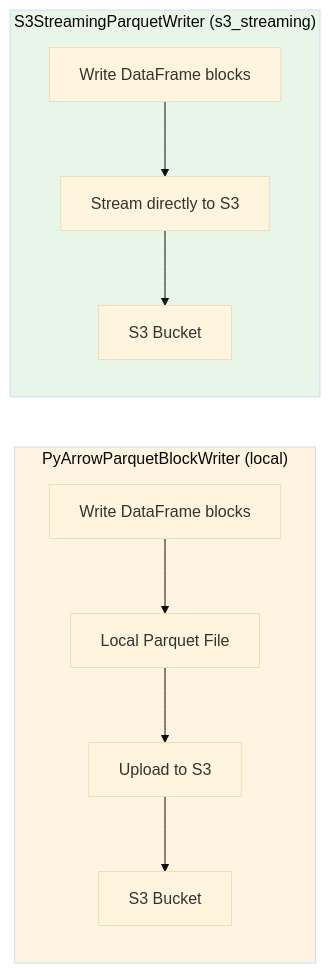
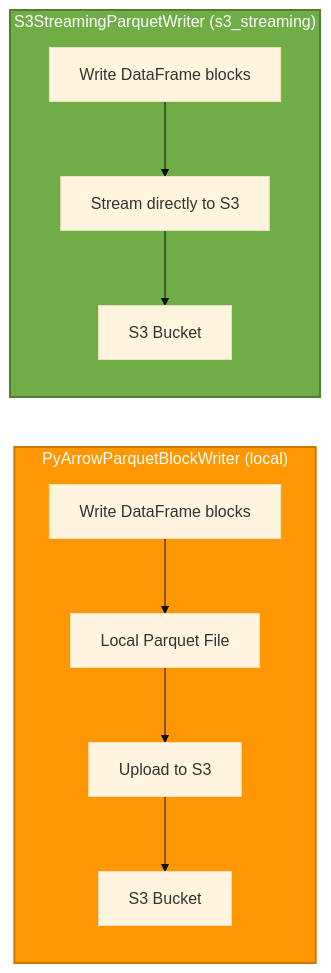
Before and after one commit to nferreira/pyarrow-example-to-handle-bronze-data: the diagram in WRITERS_COMPARISON.md, drawn with Mermaid (base theme). The commit also changed 13 other files, not shown here.

````diff
--- a/WRITERS_COMPARISON.md
+++ b/WRITERS_COMPARISON.md
@@ -104,16 +104,16 @@
 ```mermaid
 flowchart LR
     subgraph Local["PyArrowParquetBlockWriter (local)"]
         L1[Write DataFrame blocks] --> L2[Local Parquet File]
         L2 --> L3[Upload to S3]
         L3 --> L4[S3 Bucket]
     end
     
     subgraph Streaming["S3StreamingParquetWriter (s3_streaming)"]
         S1[Write DataFrame blocks] --> S2[Stream directly to S3]
         S2 --> S3[S3 Bucket]
     end
     
-    style Local fill:#fff4e1
-    style Streaming fill:#e8f5e9
+    style Local fill:#FF9800,stroke:#CC7700,stroke-width:2px,color:#fff
+    style Streaming fill:#70AD47,stroke:#507E32,stroke-width:2px,color:#fff
 ```
````
